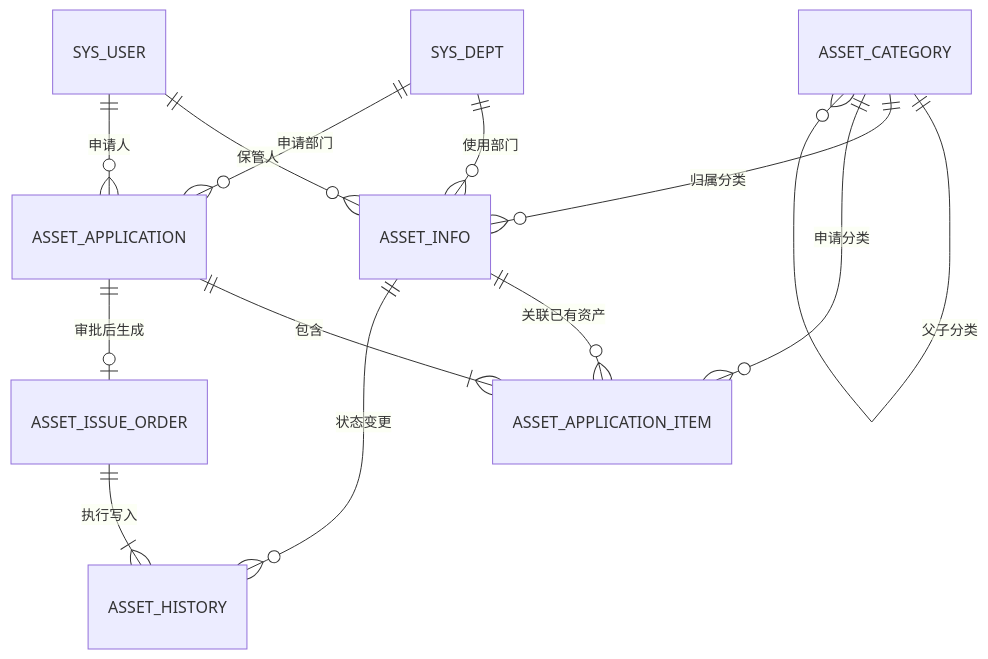
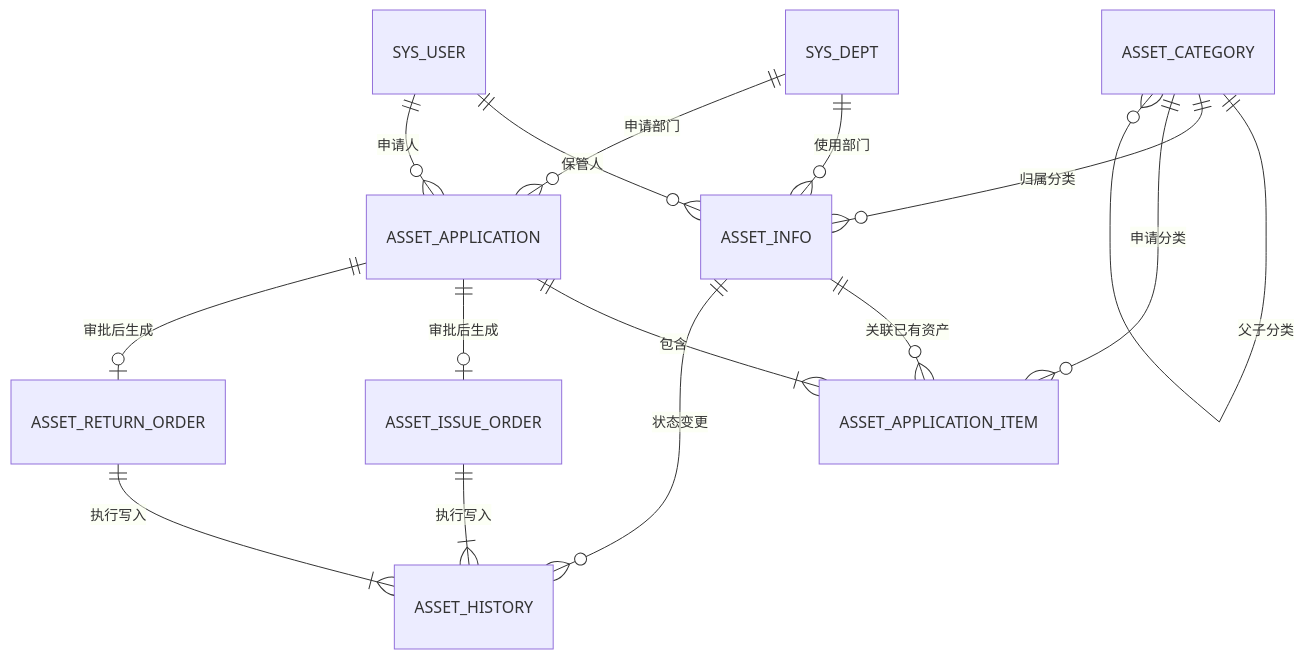
Before and after one commit to S7c7/enterprise-asset-lifecycle-platform: the diagram in backend/docs/04-database-design.md, drawn with Mermaid. The commit also changed other lines of this file and 22 other files, not shown here.

Commit message:
feat: complete asset return execution workflow

````diff
--- a/backend/docs/04-database-design.md
+++ b/backend/docs/04-database-design.md
@@ -5,15 +5,17 @@
 ```mermaid
 erDiagram
     ASSET_CATEGORY ||--o{ ASSET_CATEGORY : "父子分类"
     ASSET_CATEGORY ||--o{ ASSET_INFO : "归属分类"
     SYS_DEPT ||--o{ ASSET_INFO : "使用部门"
     SYS_USER ||--o{ ASSET_INFO : "保管人"
     ASSET_APPLICATION ||--|{ ASSET_APPLICATION_ITEM : "包含"
     ASSET_CATEGORY ||--o{ ASSET_APPLICATION_ITEM : "申请分类"
     ASSET_INFO ||--o{ ASSET_APPLICATION_ITEM : "关联已有资产"
     SYS_USER ||--o{ ASSET_APPLICATION : "申请人"
     SYS_DEPT ||--o{ ASSET_APPLICATION : "申请部门"
     ASSET_APPLICATION ||--o| ASSET_ISSUE_ORDER : "审批后生成"
+    ASSET_APPLICATION ||--o| ASSET_RETURN_ORDER : "审批后生成"
     ASSET_ISSUE_ORDER ||--|{ ASSET_HISTORY : "执行写入"
+    ASSET_RETURN_ORDER ||--|{ ASSET_HISTORY : "执行写入"
     ASSET_INFO ||--o{ ASSET_HISTORY : "状态变更"
 ```
````
